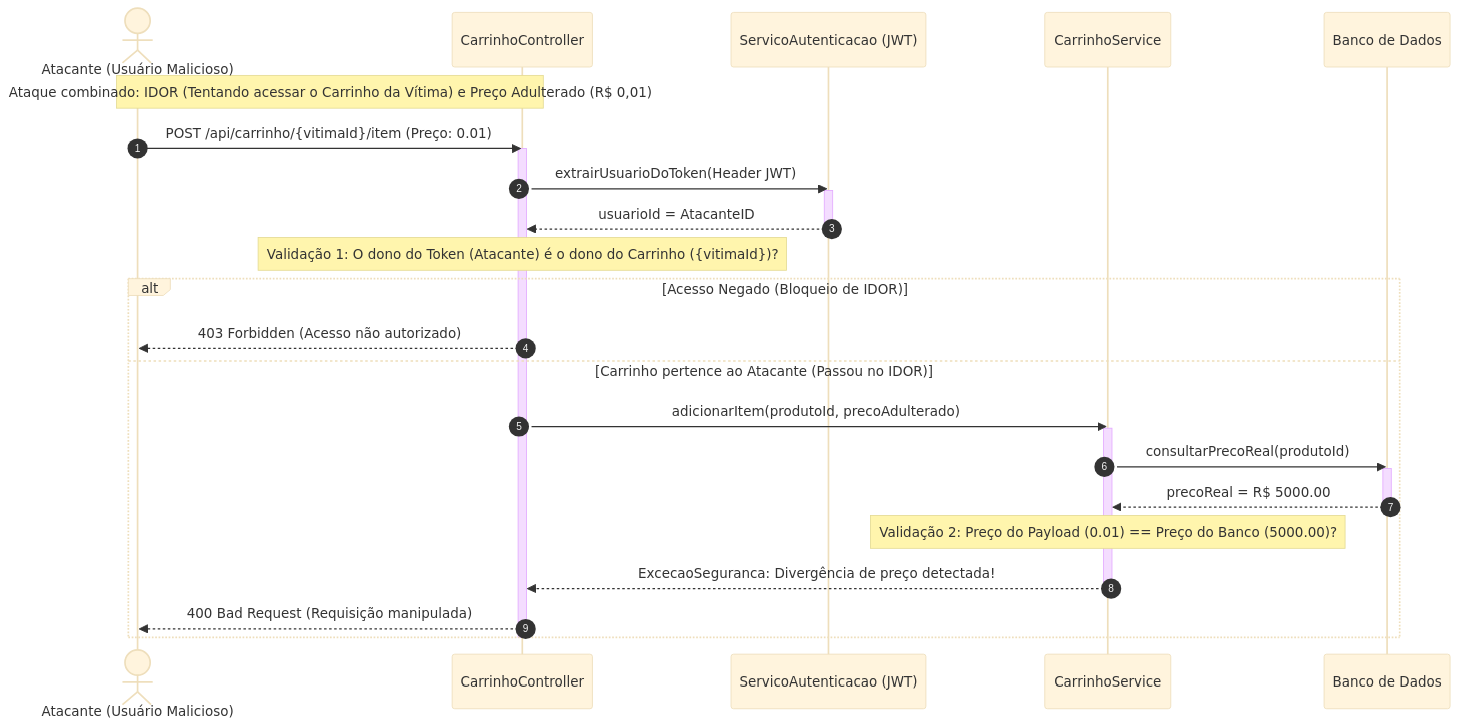
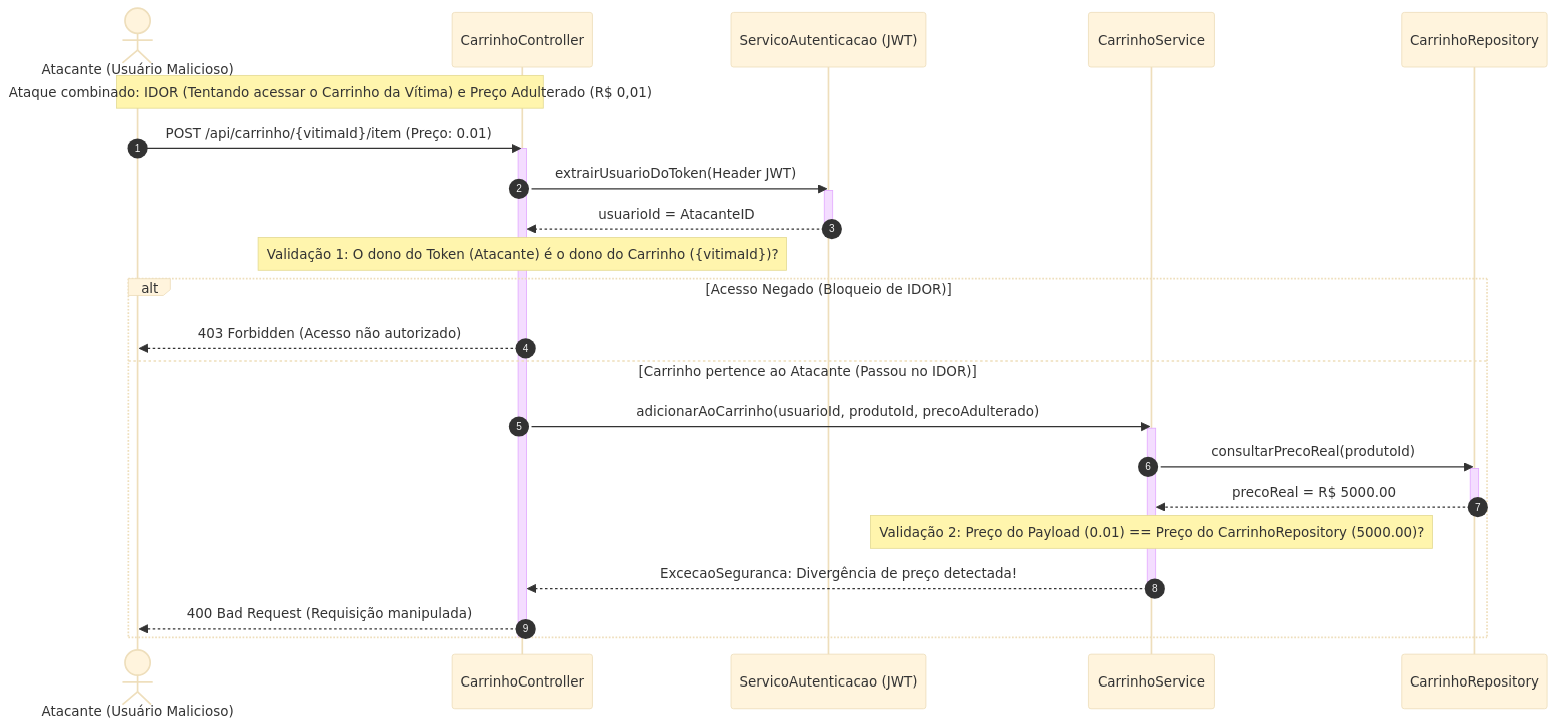
Before and after one commit to omarhenriqu3/meu-estudo-vvts: diagram 11 of 13 in README.md, drawn with Mermaid (base theme). The commit also changed other lines of this file, not shown here.

````diff
--- a/README.md
+++ b/README.md
@@ -473,41 +476,41 @@
 ```mermaid
 sequenceDiagram
     autonumber
     actor Atacante as Atacante (Usuário Malicioso)
     participant Controller as CarrinhoController
     participant Auth as ServicoAutenticacao (JWT)
     participant Service as CarrinhoService
-    participant DB as Banco de Dados
+    participant Repo as CarrinhoRepository
 
     Note over Atacante, Controller: Ataque combinado: IDOR (Tentando acessar o Carrinho da Vítima) e Preço Adulterado (R$ 0,01)
 
     Atacante->>Controller: POST /api/carrinho/{vitimaId}/item (Preço: 0.01)
     activate Controller
     
     Controller->>Auth: extrairUsuarioDoToken(Header JWT)
     activate Auth
     Auth-->>Controller: usuarioId = AtacanteID
     deactivate Auth
     
     Note over Controller: Validação 1: O dono do Token (Atacante) é o dono do Carrinho ({vitimaId})?
     
     alt Acesso Negado (Bloqueio de IDOR)
         Controller-->>Atacante: 403 Forbidden (Acesso não autorizado)
     else Carrinho pertence ao Atacante (Passou no IDOR)
-        Controller->>Service: adicionarItem(produtoId, precoAdulterado)
+        Controller->>Service: adicionarAoCarrinho(usuarioId, produtoId, precoAdulterado)
         activate Service
         
-        Service->>DB: consultarPrecoReal(produtoId)
-        activate DB
-        DB-->>Service: precoReal = R$ 5000.00
-        deactivate DB
+        Service->>Repo: consultarPrecoReal(produtoId)
+        activate Repo
+        Repo-->>Service: precoReal = R$ 5000.00
+        deactivate Repo
         
-        Note over Service: Validação 2: Preço do Payload (0.01) == Preço do Banco (5000.00)?
+        Note over Service: Validação 2: Preço do Payload (0.01) == Preço do CarrinhoRepository (5000.00)?
         
         Service-->>Controller: ExcecaoSeguranca: Divergência de preço detectada!
         deactivate Service
         
         Controller-->>Atacante: 400 Bad Request (Requisição manipulada)
     end
     deactivate Controller
 ```
````
